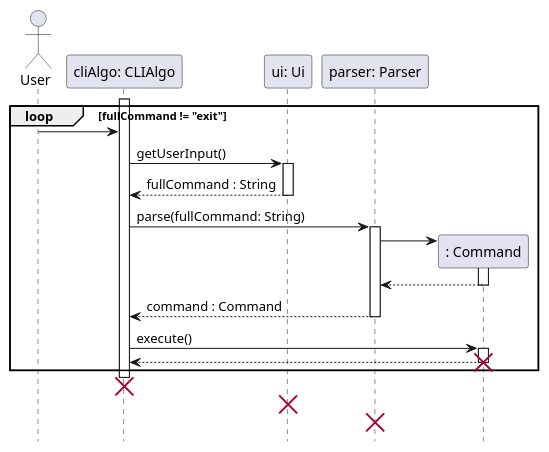
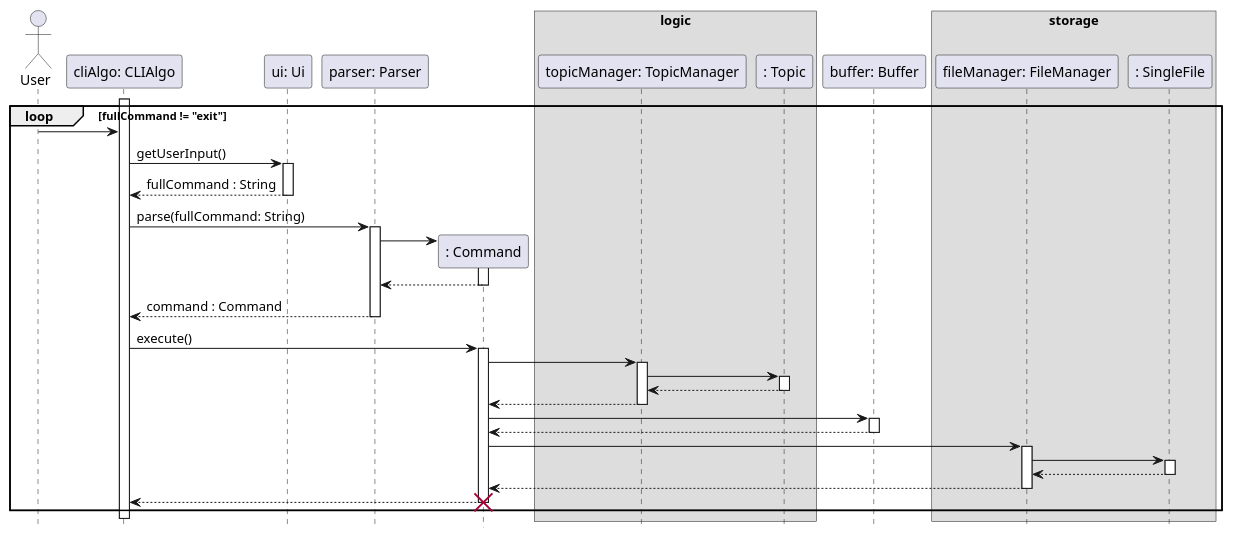
Before and after one commit to ong-ck/tp: the diagram in docs/sequence-diagrams/source-files/Architecture.puml, drawn with PlantUML. The commit also changed 2 other files, not shown here.

Commit message:
Update architecture sequence diagram

```diff
--- a/docs/sequence-diagrams/source-files/Architecture.puml
+++ b/docs/sequence-diagrams/source-files/Architecture.puml
@@ -1,32 +1,55 @@
 @startuml
 hide footbox
 
 actor User
 participant "cliAlgo: CLIAlgo" as CLIAlgo
 participant "ui: Ui" as Ui
 participant "parser: Parser" as Parser
 participant ": Command" as Command
+box logic
+participant "topicManager: TopicManager" as TopicManager
+participant ": Topic" as Topic
+end box
+participant "buffer: Buffer" as Buffer
+box storage
+participant "fileManager: FileManager" as FileManager
+participant ": SingleFile" as SingleFile
+end box
 
 activate CLIAlgo
     loop fullCommand != "exit"
     User -> CLIAlgo
     CLIAlgo -> Ui : getUserInput()
     activate Ui
     return fullCommand : String
 
     CLIAlgo -> Parser : parse(fullCommand: String)
     activate Parser
         Parser -> Command **
         activate Command
         return
     return command : Command
 
     CLIAlgo -> Command : execute()
     activate Command
+        Command -> TopicManager
+        activate TopicManager
+            TopicManager -> Topic
+            activate Topic
+            return
+        return
+
+        Command -> Buffer
+        activate Buffer
+        return
+
+        Command -> FileManager
+        activate FileManager
+            FileManager -> SingleFile
+            activate SingleFile
+            return
+        return
     return
     destroy Command
     end
-destroy CLIAlgo
-destroy Ui
-destroy Parser
 @enduml
```
